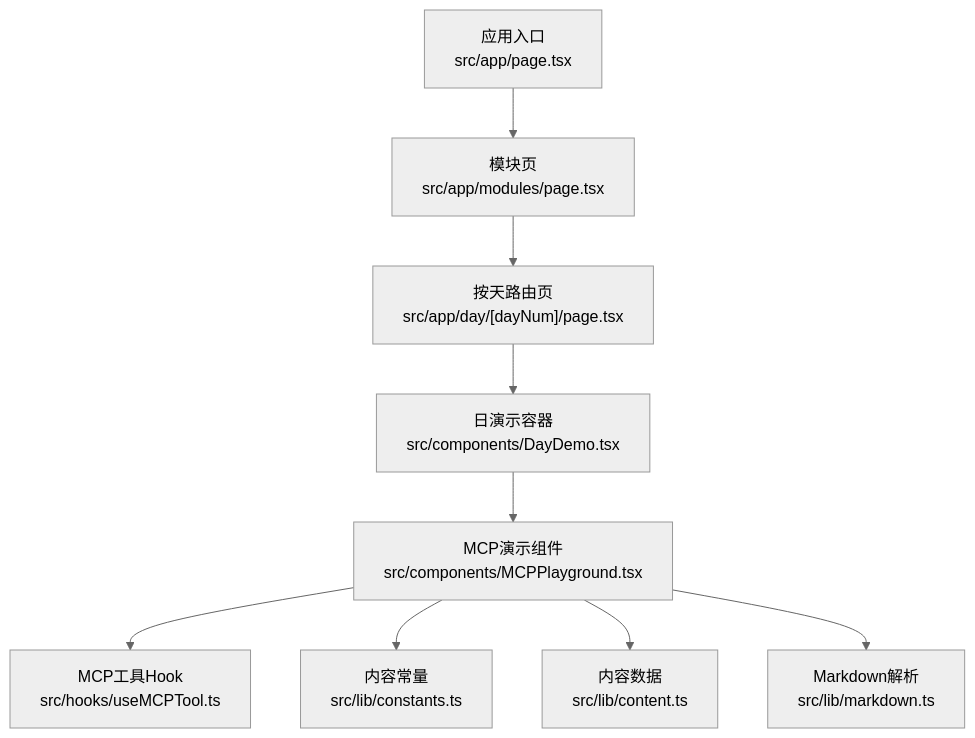
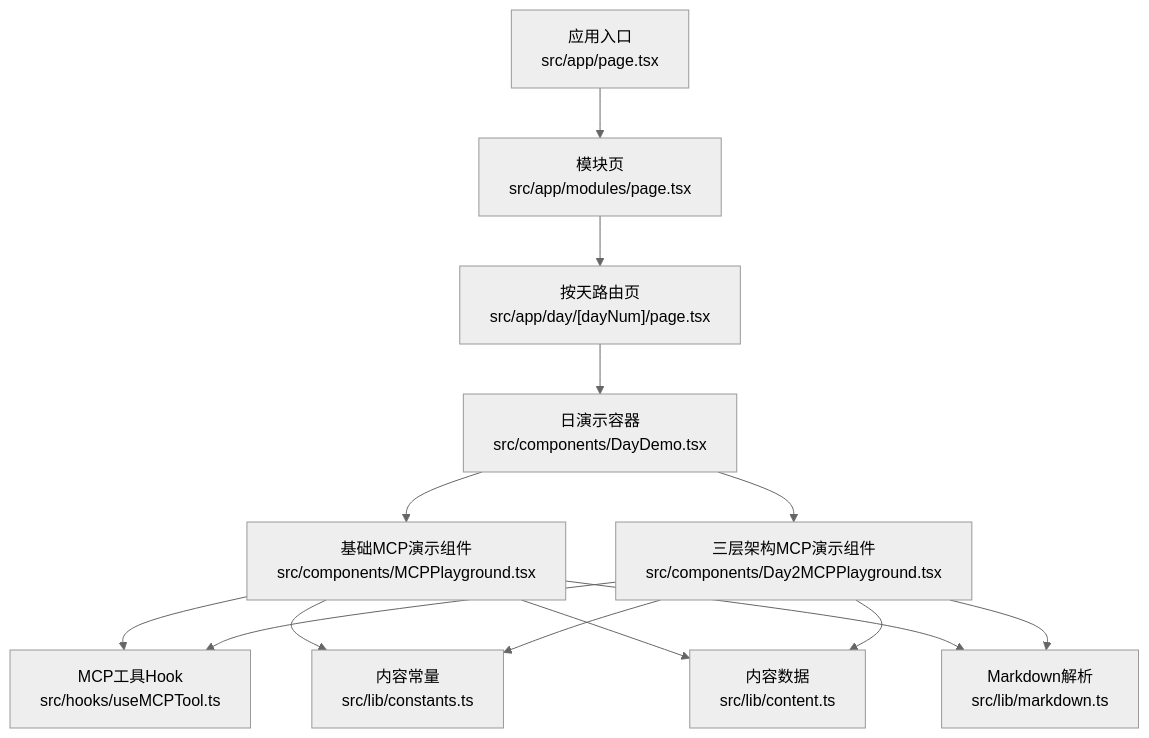
One commit to Leslie-Chuan/classic-example changed the first of 3 diagrams in .qoder/repowiki/zh/content/UI组件/MCPPlayground组件.md. Above: the diagram before and after it, drawn with Mermaid (neutral theme). The commit also changed other lines of this file and 41 other files, not shown here.

````diff
--- a/.qoder/repowiki/zh/content/UI组件/MCPPlayground组件.md
+++ b/.qoder/repowiki/zh/content/UI组件/MCPPlayground组件.md
@@ -33,11 +44,16 @@
 ```mermaid
 graph TB
 A["应用入口<br/>src/app/page.tsx"] --> B["模块页<br/>src/app/modules/page.tsx"]
 B --> C["按天路由页<br/>src/app/day/[dayNum]/page.tsx"]
 C --> D["日演示容器<br/>src/components/DayDemo.tsx"]
-D --> E["MCP演示组件<br/>src/components/MCPPlayground.tsx"]
-E --> F["MCP工具Hook<br/>src/hooks/useMCPTool.ts"]
-E --> G["内容常量<br/>src/lib/constants.ts"]
-E --> H["内容数据<br/>src/lib/content.ts"]
-E --> I["Markdown解析<br/>src/lib/markdown.ts"]
+D --> E["基础MCP演示组件<br/>src/components/MCPPlayground.tsx"]
+D --> F["三层架构MCP演示组件<br/>src/components/Day2MCPPlayground.tsx"]
+E --> G["MCP工具Hook<br/>src/hooks/useMCPTool.ts"]
+F --> G
+E --> H["内容常量<br/>src/lib/constants.ts"]
+F --> H
+E --> I["内容数据<br/>src/lib/content.ts"]
+F --> I
+E --> J["Markdown解析<br/>src/lib/markdown.ts"]
+F --> J
 ```
````
